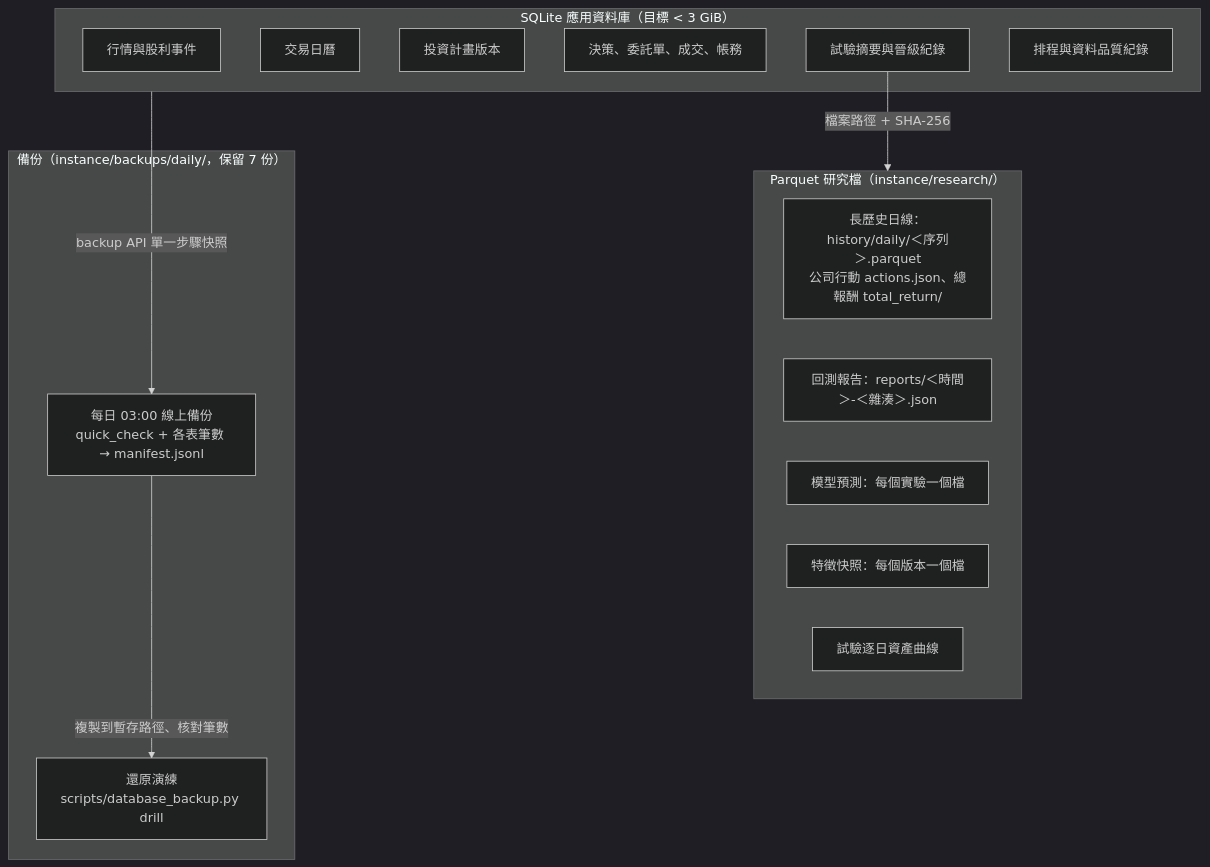
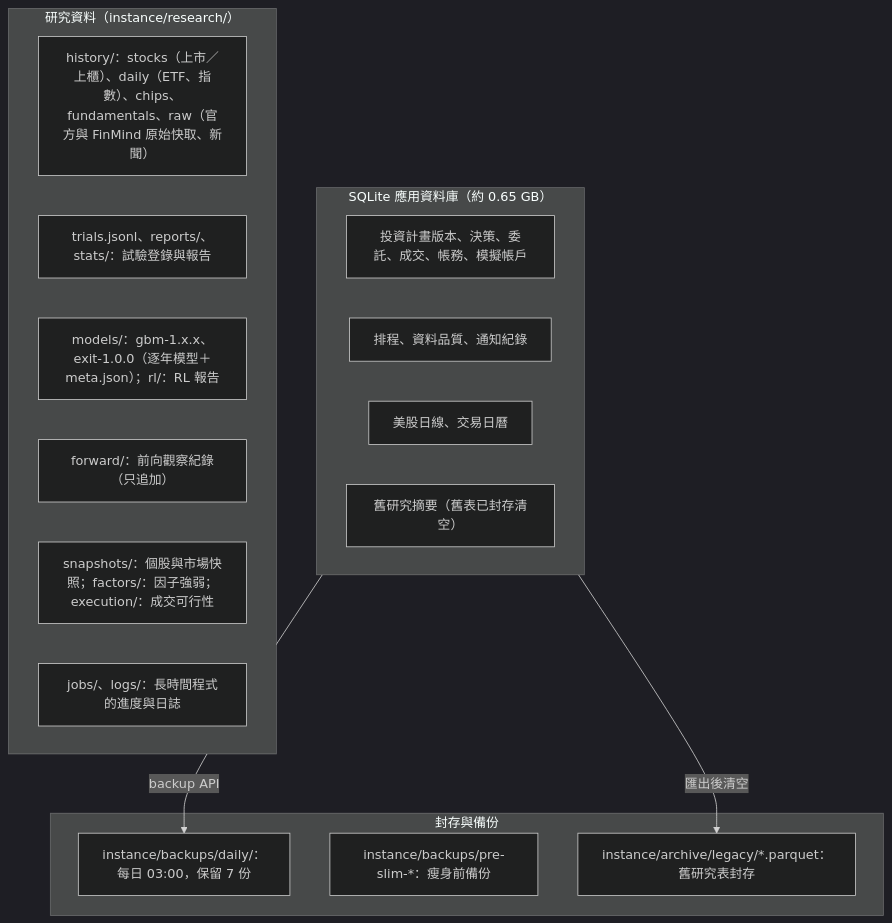
One commit to ryan73093/StockResearch changed the fifth of 7 diagrams in docs/system_architecture.md. Above: the diagram before and after it, drawn with Mermaid (dark theme). The commit also changed other lines of this file and 16 other files, not shown here.

First line of the commit message:
Research page on the new design; market entry; architecture rewritten

````diff
--- a/docs/system_architecture.md
+++ b/docs/system_architecture.md
@@ -162,25 +161,24 @@
 ```mermaid
 flowchart TB
-    subgraph SQLITE["SQLite 應用資料庫（目標 < 3 GiB）"]
-      BARS[行情與股利事件]
-      CALT[交易日曆]
-      PLANS[投資計畫版本]
-      DECS[決策、委託單、成交、帳務]
-      TRIALS[試驗摘要與晉級紀錄]
-      RUNS[排程與資料品質紀錄]
+    subgraph SQLITE["SQLite 應用資料庫（約 0.65 GB）"]
+      PLANS[投資計畫版本、決策、委託、成交、帳務、模擬帳戶]
+      RUNS[排程、資料品質、通知紀錄]
+      US[美股日線、交易日曆]
+      OLDSUM[舊研究摘要（舊表已封存清空）]
     end
-    subgraph FILES["Parquet 研究檔（instance/research/）"]
-      HIST["長歷史日線：history/daily/＜序列＞.parquet<br/>公司行動 actions.json、總報酬 total_return/"]
-      REPORTS[回測報告：reports/＜時間＞-＜雜湊＞.json]
-      PRED[模型預測：每個實驗一個檔]
-      FEAT[特徵快照：每個版本一個檔]
-      CURVE[試驗逐日資產曲線]
+    subgraph FILES["研究資料（instance/research/）"]
+      HIST["history/：stocks（上市／上櫃）、daily（ETF、指數）、chips、fundamentals、raw（官方與 FinMind 原始快取、新聞）"]
+      TRIALS["trials.jsonl、reports/、stats/：試驗登錄與報告"]
+      MODELS["models/：gbm-1.x.x、exit-1.0.0（逐年模型＋meta.json）；rl/：RL 報告"]
+      FWDF["forward/：前向觀察紀錄（只追加）"]
+      SNAP["snapshots/：個股與市場快照；factors/：因子強弱；execution/：成交可行性"]
+      JOBS["jobs/、logs/：長時間程式的進度與日誌"]
     end
-    subgraph BACKUP["備份（instance/backups/daily/，保留 7 份）"]
-      BK["每日 03:00 線上備份<br/>quick_check + 各表筆數 → manifest.jsonl"]
-      DRILL["還原演練<br/>scripts/database_backup.py drill"]
+    subgraph ARCH["封存與備份"]
+      BK["instance/backups/daily/：每日 03:00，保留 7 份"]
+      PRE["instance/backups/pre-slim-*：瘦身前備份"]
+      LEG["instance/archive/legacy/*.parquet：舊研究表封存"]
     end
-    TRIALS -->|檔案路徑 + SHA-256| FILES
-    SQLITE -->|backup API 單一步驟快照| BK
-    BK -->|複製到暫存路徑、核對筆數| DRILL
+    SQLITE -->|backup API| BK
+    SQLITE -->|匯出後清空| LEG
 ```
````
